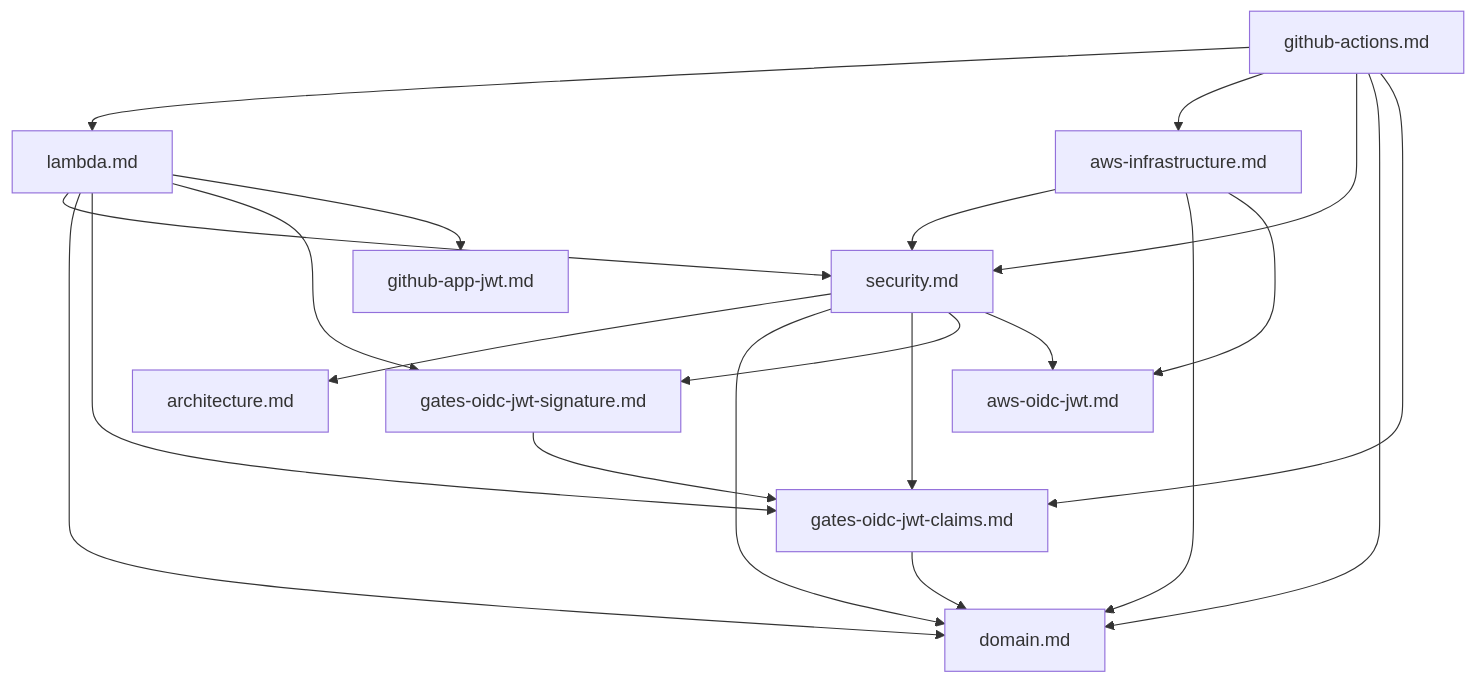
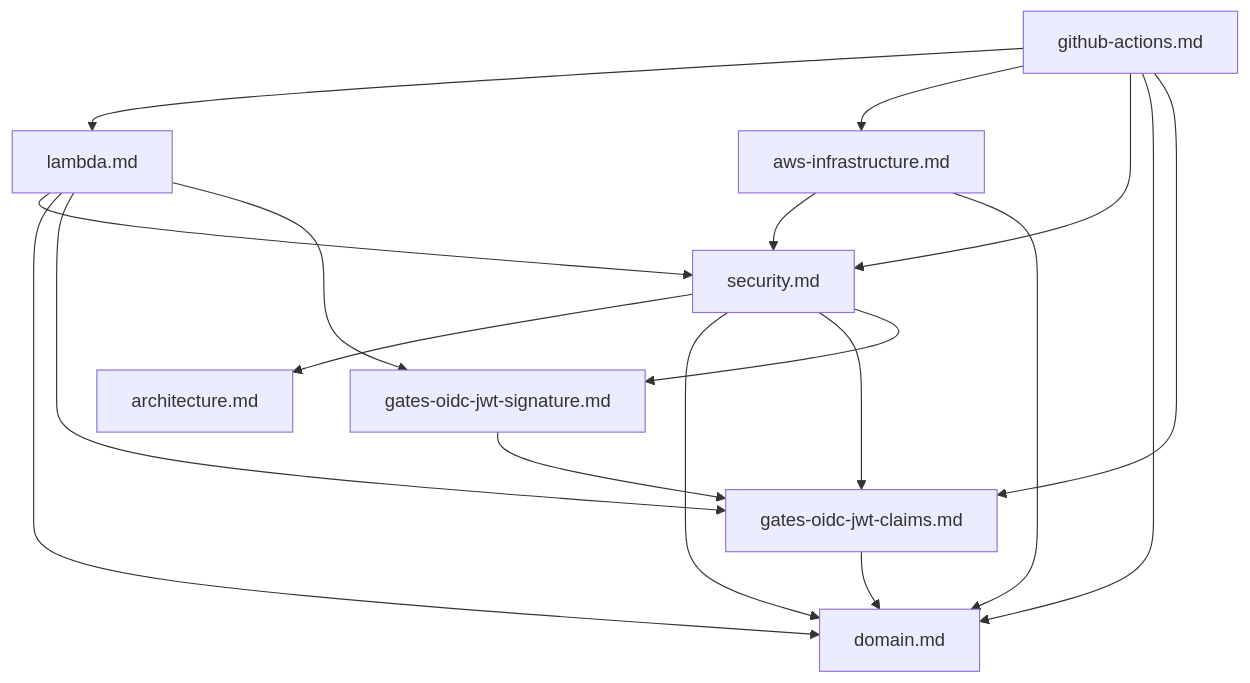
Before and after one commit to tmknom/gates: the third of 3 diagrams in docs/contributing/docs-policy.md, drawn with Mermaid. The commit also changed other lines of this file and 14 other files, not shown here.

First line of the commit message:
docs(design): fold aws and github app jwt docs into related docs

````diff
--- a/docs/contributing/docs-policy.md
+++ b/docs/contributing/docs-policy.md
@@ -237,23 +235,20 @@
 ```mermaid
 flowchart TD
     actions["github-actions.md"] --> lambda["lambda.md"]
     actions --> infra["aws-infrastructure.md"]
     actions --> security["security.md"]
     lambda --> security
     infra --> security
     security --> architecture["architecture.md"]
     lambda --> domain["domain.md"]
     security --> domain
     actions --> domain
     infra --> domain
     lambda --> claims["gates-oidc-jwt-claims.md"]
     lambda --> signature["gates-oidc-jwt-signature.md"]
-    lambda --> app["github-app-jwt.md"]
     security --> claims
     security --> signature
-    security --> aws["aws-oidc-jwt.md"]
-    infra --> aws
     actions --> claims
     signature --> claims
     claims --> domain
 ```
````
